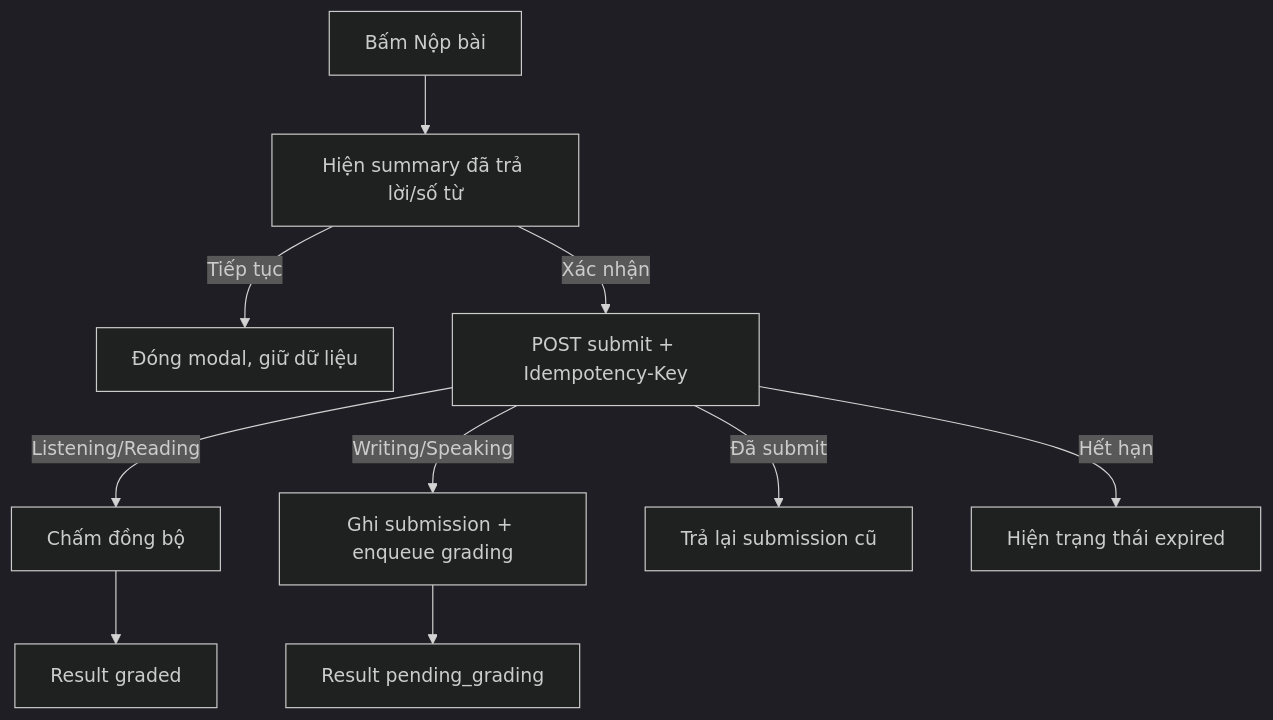
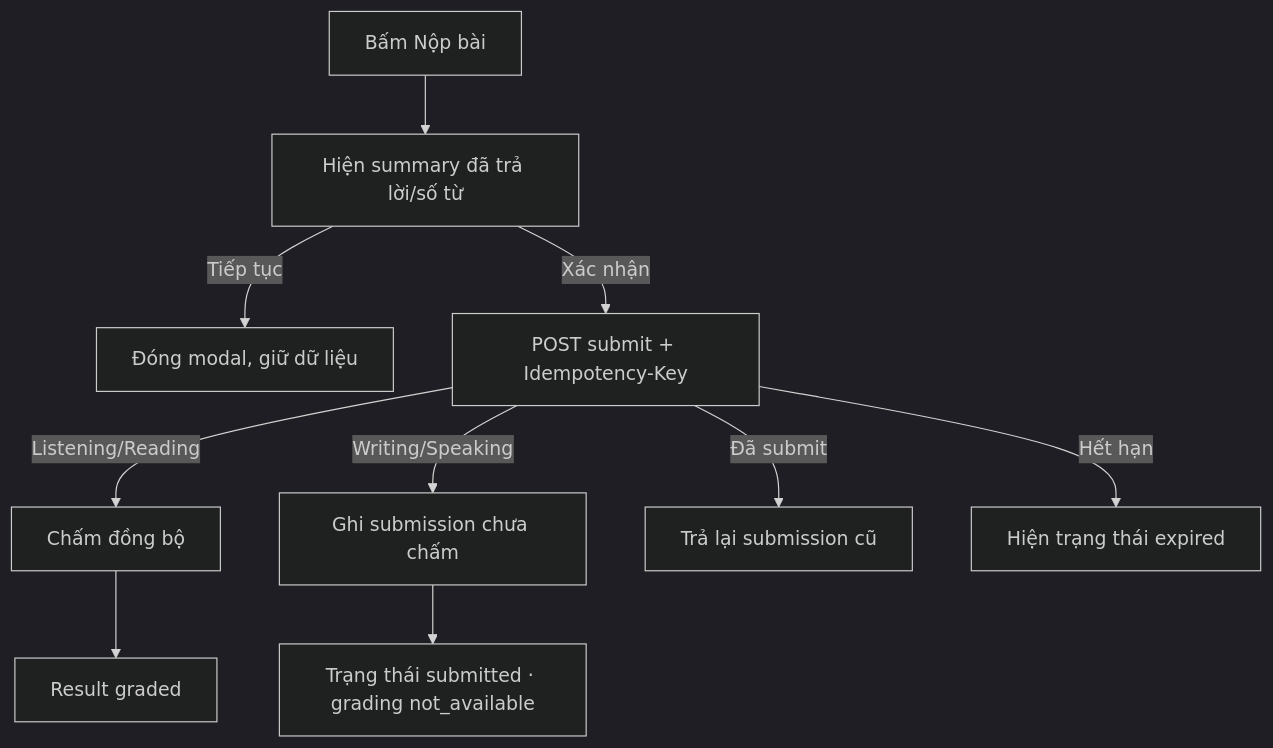
One commit to nguyen-le-huy/unilish changed the third of 4 diagrams in docs/ielts-practice/user-flows.md. Above: the diagram before and after it, drawn with Mermaid (dark theme). The commit also changed other lines of this file and 128 other files, not shown here.

````diff
--- a/docs/ielts-practice/user-flows.md
+++ b/docs/ielts-practice/user-flows.md
@@ -64,12 +64,12 @@
 ```mermaid
 flowchart TD
     A["Bấm Nộp bài"] --> B["Hiện summary đã trả lời/số từ"]
     B -->|Tiếp tục| C["Đóng modal, giữ dữ liệu"]
     B -->|Xác nhận| D["POST submit + Idempotency-Key"]
     D -->|Listening/Reading| E["Chấm đồng bộ"]
-    D -->|Writing/Speaking| F["Ghi submission + enqueue grading"]
+    D -->|Writing/Speaking| F["Ghi submission chưa chấm"]
     E --> G["Result graded"]
-    F --> H["Result pending_grading"]
+    F --> H["Trạng thái submitted · grading not_available"]
     D -->|Đã submit| I["Trả lại submission cũ"]
     D -->|Hết hạn| J["Hiện trạng thái expired"]
 ```
````
